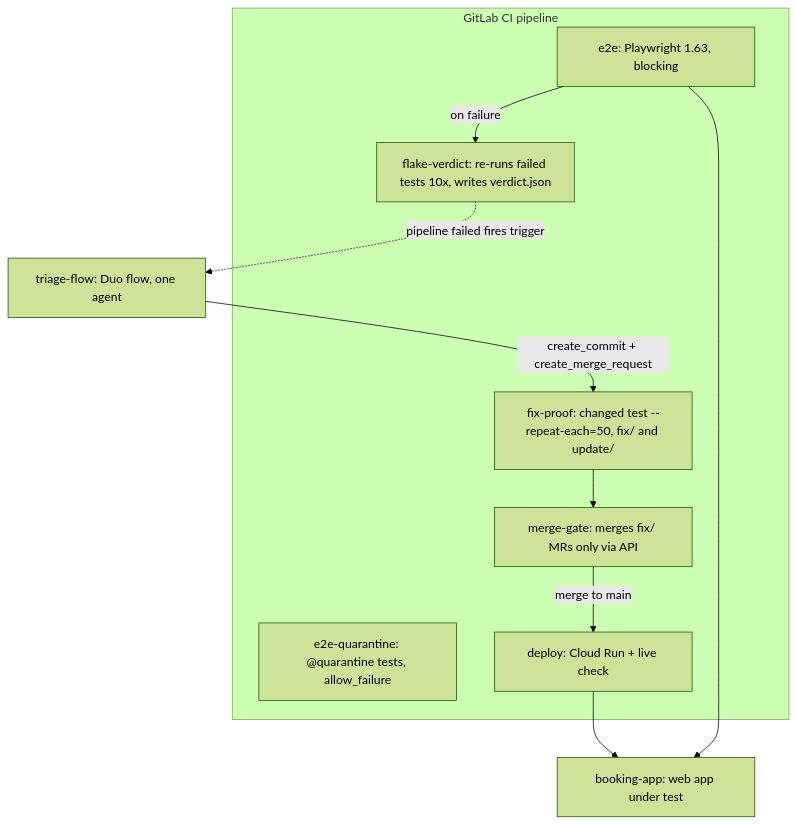
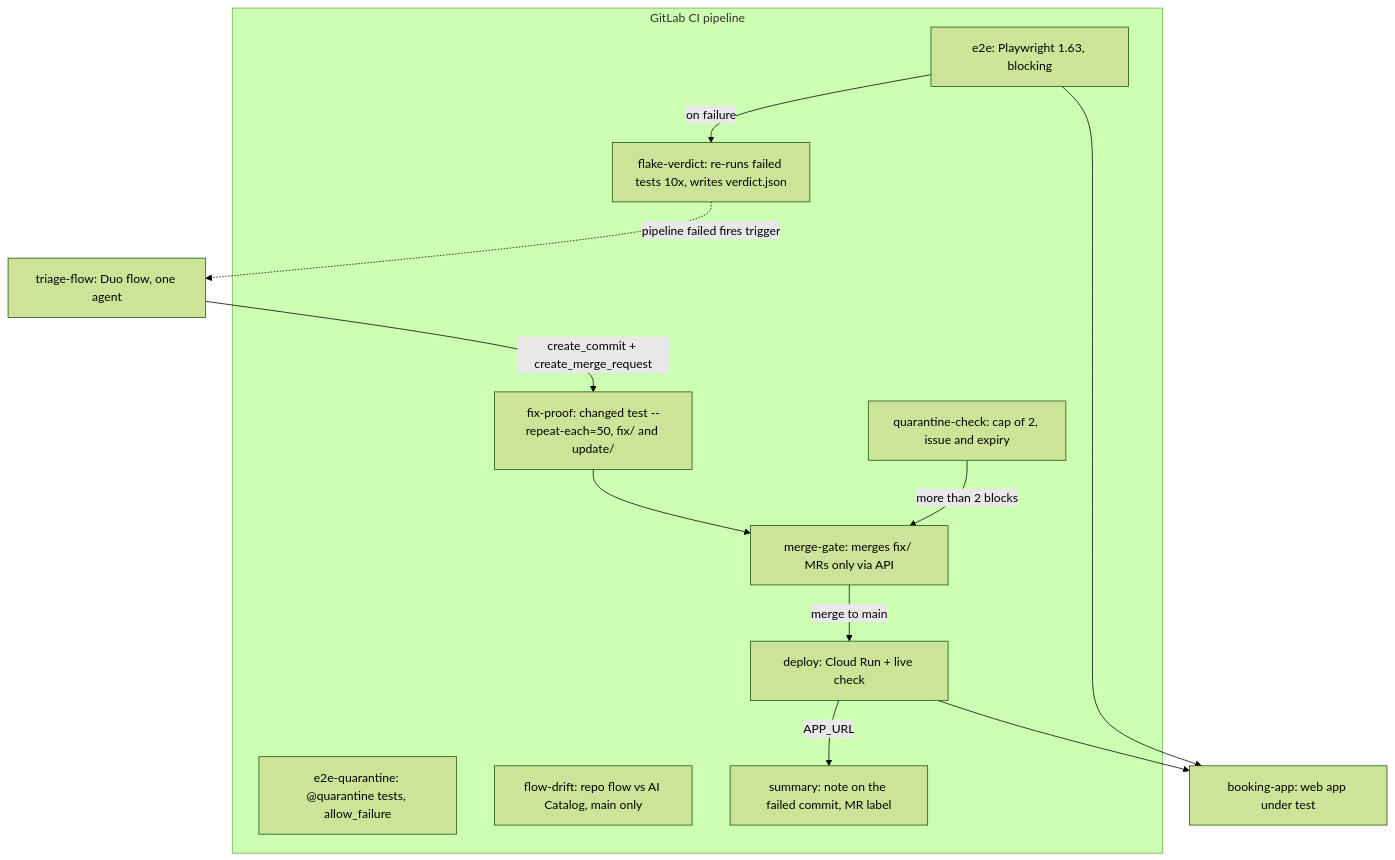
One commit to gmassello/plumb changed the second of 2 diagrams in docs/ARCHITECTURE.md. Above: the diagram before and after it, drawn with Mermaid (forest theme). The commit also changed other lines of this file and 8 other files, not shown here.

Commit message:
Document the repo: AGENTS.md map, stack, backend and frontend docs, architecture as built

````diff
--- a/docs/ARCHITECTURE.md
+++ b/docs/ARCHITECTURE.md
@@ -57,20 +57,25 @@
 ```mermaid
 graph TB
   subgraph pipeline[GitLab CI pipeline]
     e2e[e2e: Playwright 1.63, blocking]
     verdict[flake-verdict: re-runs failed tests 10x, writes verdict.json]
     proof[fix-proof: changed test --repeat-each=50, fix/ and update/]
     gate[merge-gate: merges fix/ MRs only via API]
     quar[e2e-quarantine: @quarantine tests, allow_failure]
+    qcheck[quarantine-check: cap of 2, issue and expiry]
+    drift[flow-drift: repo flow vs AI Catalog, main only]
     deploy[deploy: Cloud Run + live check]
+    summary[summary: note on the failed commit, MR label]
   end
   flow[triage-flow: Duo flow, one agent]
   app[booking-app: web app under test]
   e2e -->|on failure| verdict
   verdict -.->|pipeline failed fires trigger| flow
   flow -->|create_commit + create_merge_request| proof
   proof --> gate
+  qcheck -->|more than 2 blocks| gate
   gate -->|merge to main| deploy
   deploy --> app
+  deploy -->|APP_URL| summary
   e2e --> app
 ```
````
